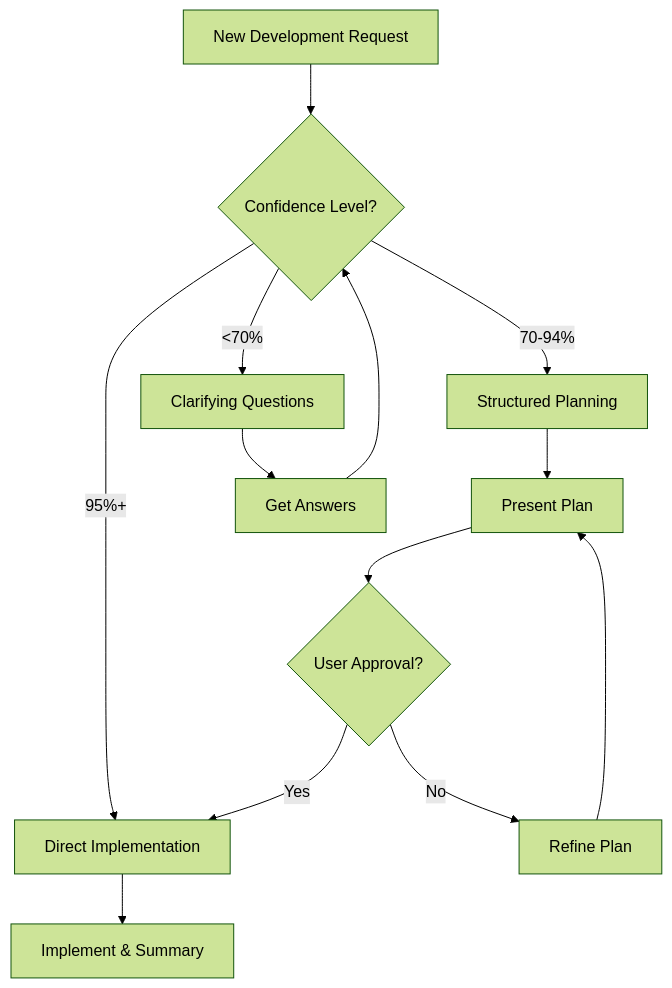
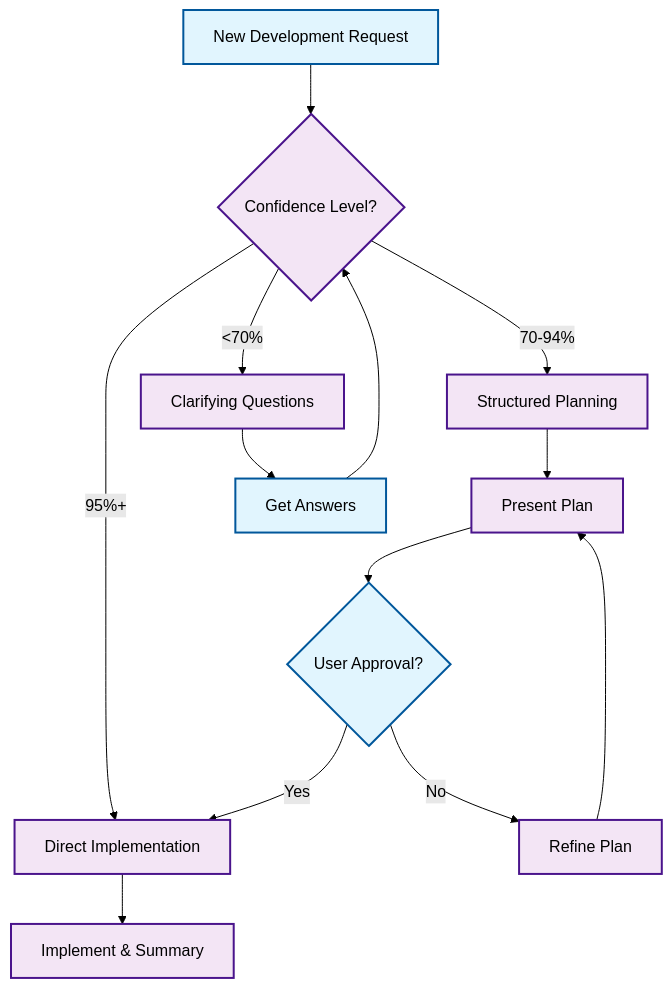
The diagram in README.md (jekalmin/confidence-workflow), drawn with Mermaid (forest theme) before and after one commit. The commit also changed other lines of this file, not shown here.

````diff
--- a/README.md
+++ b/README.md
@@ -39,14 +30,22 @@
 ```mermaid
 graph TD
     A[New Development Request] --> B{Confidence Level?}
     B -->|95%+| C[Direct Implementation]
     B -->|70-94%| D[Structured Planning]
     B -->|<70%| E[Clarifying Questions]
     
     C --> F[Implement & Summary]
     D --> G[Present Plan] --> H{User Approval?}
     H -->|Yes| C
     H -->|No| I[Refine Plan]
     I --> G
     E --> J[Get Answers] --> B
+    
+    %% User input nodes styling
+    classDef userInput fill:#e1f5fe,stroke:#01579b,stroke-width:2px,color:#000
+    classDef aiProcess fill:#f3e5f5,stroke:#4a148c,stroke-width:2px,color:#000
+    
+    %% Apply styles
+    class A,H,J userInput
+    class C,D,E,F,G,I,B aiProcess
 ```
````
